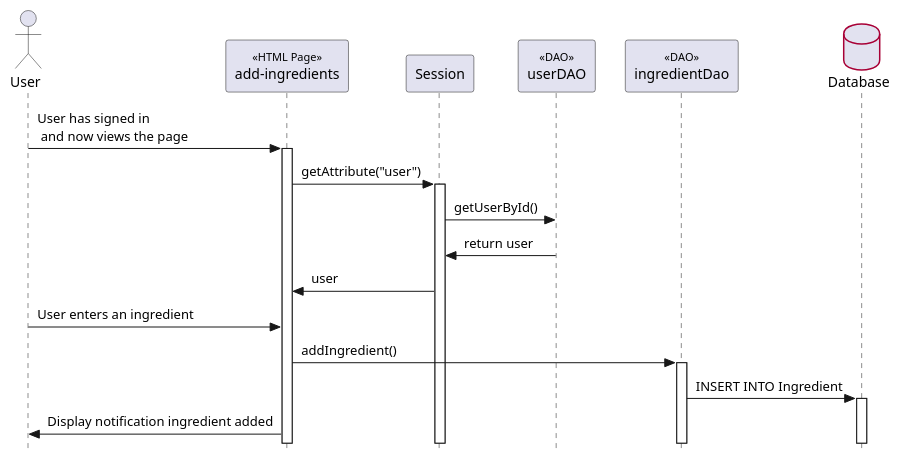
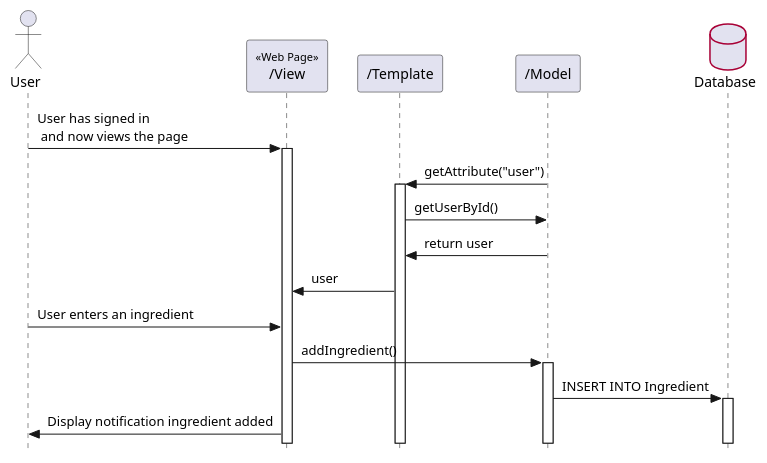
The diagram in Diagrams/UserAddsIngredient.puml (bluewolf44/PantryPal), drawn with PlantUML before and after one commit.

Commit message:
updated add ingredient puml for mvc

```diff
--- a/Diagrams/UserAddsIngredient.puml
+++ b/Diagrams/UserAddsIngredient.puml
@@ -1,49 +1,48 @@
 @startuml customerViewsProductPage
 
 ' === Style Tweaks ===
 
 skinparam {
   Style StrictUML
   RoundCorner 5
   ParticipantPadding 10
   Padding 2
   SequenceStereotype {
     Font {
       Size 11
       Style plain
     }
   }
   Database {
 	BorderColor #A80036
   }
 }
 
 
 ' === Actors / Participants
 
 actor "User" as user
-participant "add-ingredients" as addIngredient << HTML Page >>
-participant "Session" as session
-participant "userDAO" as userDao << DAO >>
-participant "ingredientDao" as ingredientDao << DAO >>
+participant "/View" as view << Web Page >>
+participant "/Template" as template
+participant "/Model" as model 
 database "Database" as db
 
 
 ' === Interactions ===
 
-user -> addIngredient++ : User has signed in\n and now views the page
+user -> view++ : User has signed in\n and now views the page
 
-addIngredient -> session++ : getAttribute("user")
-session -> userDao : getUserById()
-userDao -> session : return user
-session -> addIngredient : user
+model -> template++ : getAttribute("user")
+template -> model : getUserById()
+model -> template : return user
+template -> view : user
 
 
-user -> addIngredient : User enters an ingredient
-addIngredient -> ingredientDao++ : addIngredient()
-ingredientDao -> db++ : INSERT INTO Ingredient
+user -> view : User enters an ingredient
+view -> model++ : addIngredient()
+model -> db++ : INSERT INTO Ingredient
 
-addIngredient -> user : Display notification ingredient added
+view -> user : Display notification ingredient added
 
 
 @enduml
```
